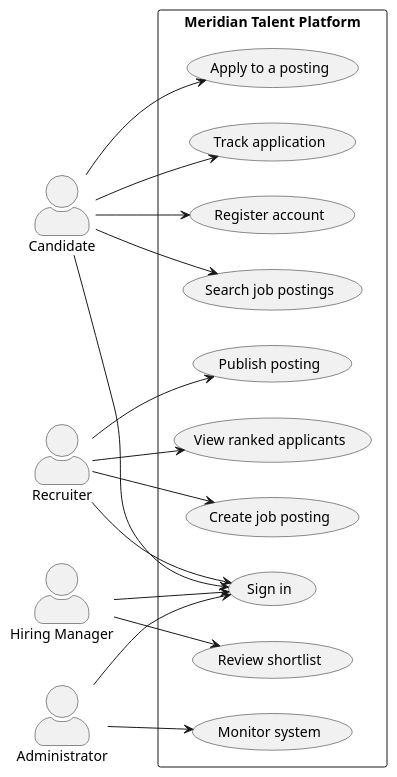
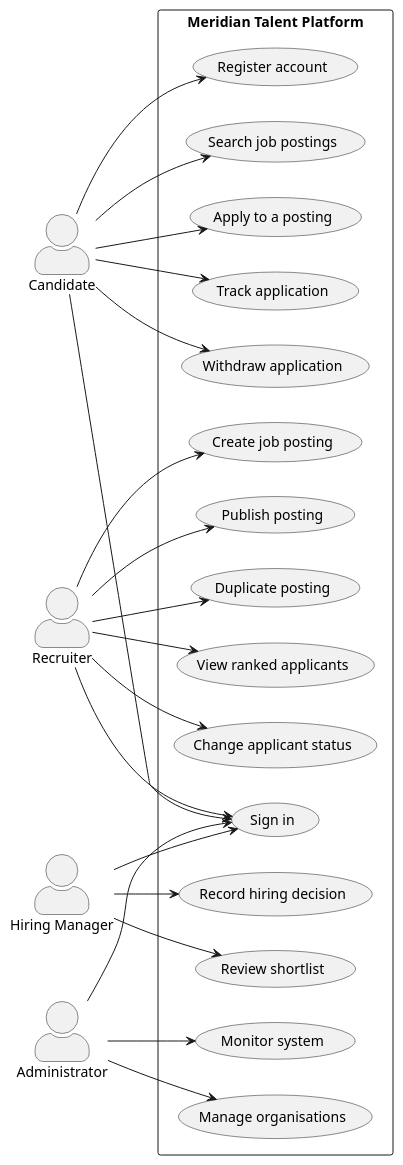
One commit to Dinuja-Ransara/Recruitment-Platform changed the diagram in docs/diagrams/use-case.puml. Above: the diagram before and after it, drawn with PlantUML. The commit also changed 3 other files, not shown here.

Commit message:
Complete use case diagram, document deferred integrations in scope, add usability testing

```diff
--- a/docs/diagrams/use-case.puml
+++ b/docs/diagrams/use-case.puml
@@ -1,43 +1,54 @@
 @startuml
 ' Meridian Talent Platform - Use Case Diagram
-' Dinuja: extend this. The actors and a first slice of use cases are here to
-' start from; the full list is in docs/tasks/dinuja.md.
 left to right direction
 skinparam packageStyle rectangle
 skinparam actorStyle awesome
 
 actor Candidate
 actor Recruiter
 actor "Hiring Manager" as Manager
 actor Administrator
 
 rectangle "Meridian Talent Platform" {
   usecase "Register account" as UC1
   usecase "Sign in" as UC2
   usecase "Search job postings" as UC3
   usecase "Apply to a posting" as UC4
   usecase "Track application" as UC5
+  usecase "Withdraw application" as UC6
+
   usecase "Create job posting" as UC10
   usecase "Publish posting" as UC11
+  usecase "Duplicate posting" as UC12
   usecase "View ranked applicants" as UC13
+  usecase "Change applicant status" as UC14
+
   usecase "Review shortlist" as UC20
-  usecase "Monitor system" as UC30
+  usecase "Record hiring decision" as UC21
+
+  usecase "Manage organisations" as UC30
+  usecase "Monitor system" as UC31
 }
 
 Candidate --> UC1
 Candidate --> UC2
 Candidate --> UC3
 Candidate --> UC4
 Candidate --> UC5
+Candidate --> UC6
 
 Recruiter --> UC2
 Recruiter --> UC10
 Recruiter --> UC11
+Recruiter --> UC12
 Recruiter --> UC13
+Recruiter --> UC14
 
 Manager --> UC2
 Manager --> UC20
+Manager --> UC21
 
 Administrator --> UC2
 Administrator --> UC30
+Administrator --> UC31
 @enduml
```
